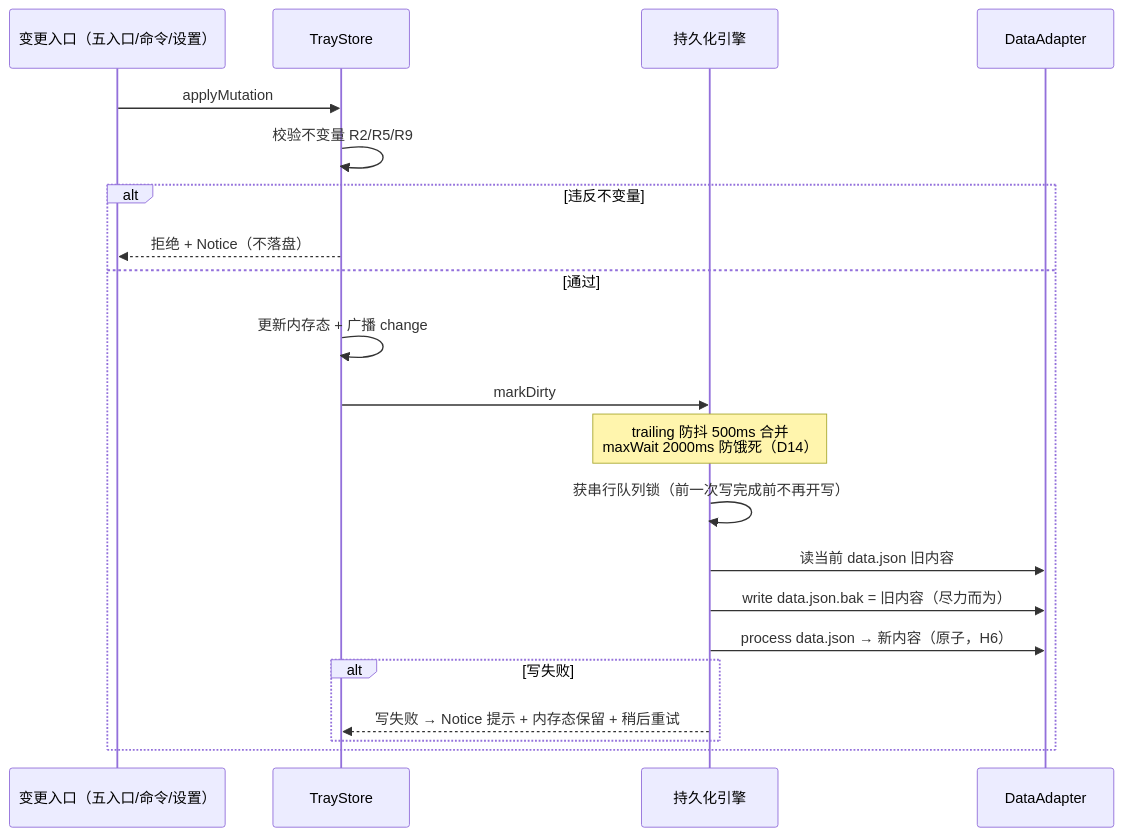
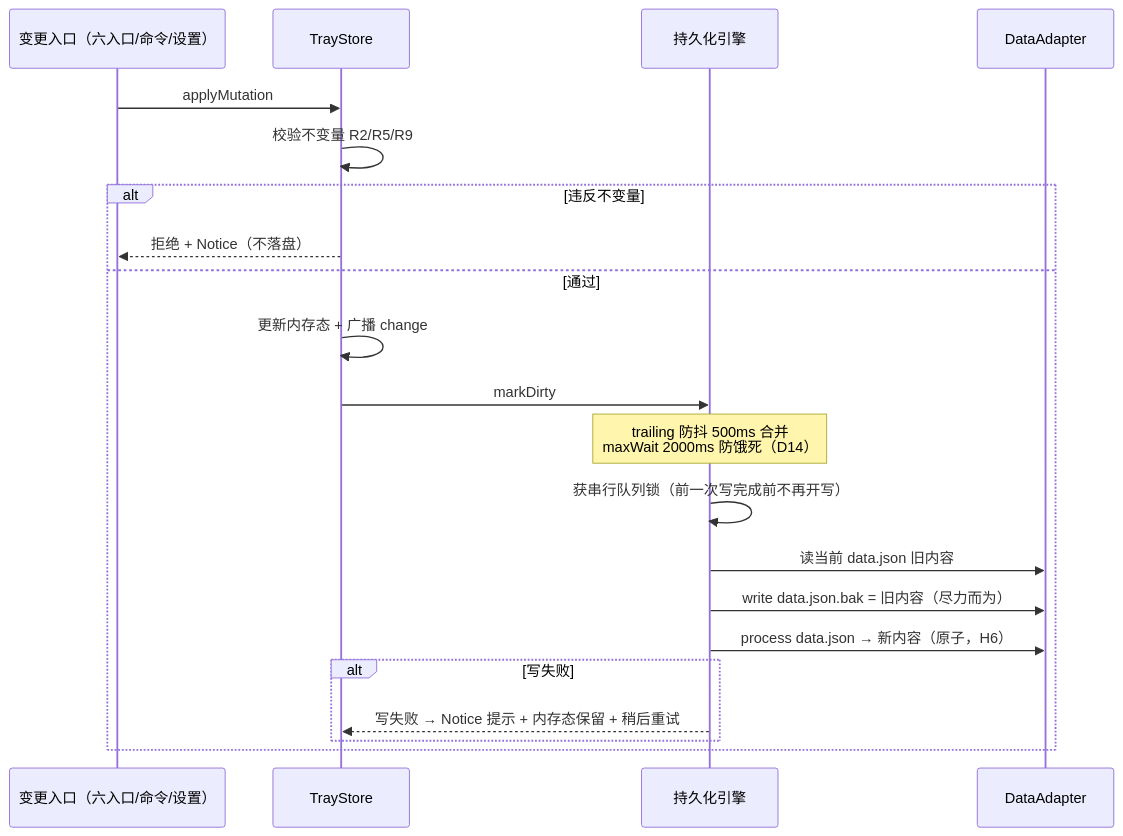
One commit to iceblyte/tab-tray changed the second of 4 diagrams in docs/DESIGN.md. Above: the diagram before and after it, drawn with Mermaid. The commit also changed other lines of this file and 5 other files, not shown here.

````diff
--- a/docs/DESIGN.md
+++ b/docs/DESIGN.md
@@ -371,23 +376,23 @@
 ```mermaid
 sequenceDiagram
-    participant M as 变更入口（五入口/命令/设置）
+    participant M as 变更入口（六入口/命令/设置）
     participant S as TrayStore
     participant P as 持久化引擎
     participant A as DataAdapter
     M->>S: applyMutation
     S->>S: 校验不变量 R2/R5/R9
     alt 违反不变量
         S-->>M: 拒绝 + Notice（不落盘）
     else 通过
         S->>S: 更新内存态 + 广播 change
         S->>P: markDirty
         Note over P: trailing 防抖 500ms 合并<br/>maxWait 2000ms 防饿死（D14）
         P->>P: 获串行队列锁（前一次写完成前不再开写）
         P->>A: 读当前 data.json 旧内容
         P->>A: write data.json.bak = 旧内容（尽力而为）
         P->>A: process data.json → 新内容（原子，H6）
         alt 写失败
             P-->>S: 写失败 → Notice 提示 + 内存态保留 + 稍后重试
         end
     end
 ```
````
